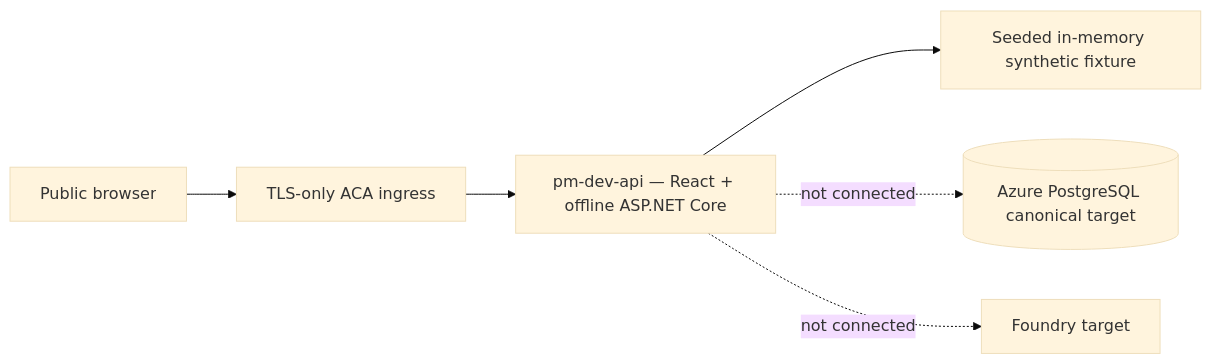
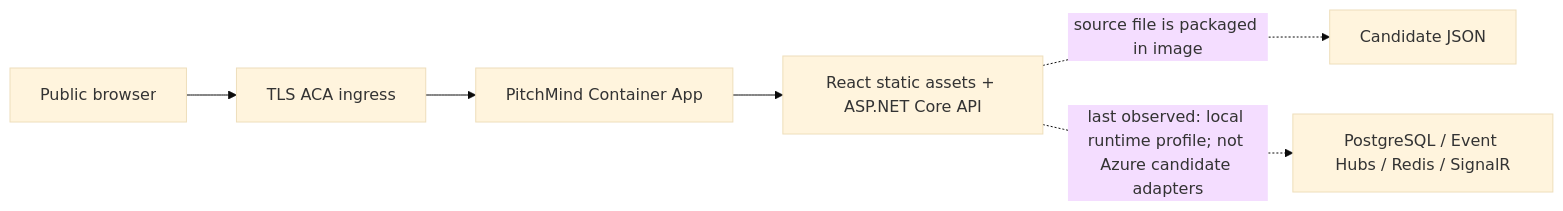
Before and after one commit to prateekgangopadhyay/PitchMind: the second of 3 diagrams in docs/architecture/04-deployment.md, drawn with Mermaid (base theme). The commit also changed other lines of this file and 16 other files, not shown here.

````diff
--- a/docs/architecture/04-deployment.md
+++ b/docs/architecture/04-deployment.md
@@ -10,8 +24,8 @@
 ```mermaid
 flowchart LR
-  Browser["Public browser"] --> TLS["TLS-only ACA ingress"]
-  TLS --> API["pm-dev-api — React + offline ASP.NET Core"]
-  API --> Fixture["Seeded in-memory synthetic fixture"]
-  API -. "not connected" .-> PG[("Azure PostgreSQL canonical target")]
-  API -. "not connected" .-> Foundry["Foundry target"]
+  Browser["Public browser"] --> TLS["TLS ACA ingress"]
+  TLS --> ACA["PitchMind Container App"]
+  ACA --> API["React static assets + ASP.NET Core API"]
+  API -. "source file is packaged in image" .-> JSON["Candidate JSON"]
+  API -. "last observed: local runtime profile; not Azure candidate adapters" .-> Data["PostgreSQL / Event Hubs / Redis / SignalR"]
 ```
````
